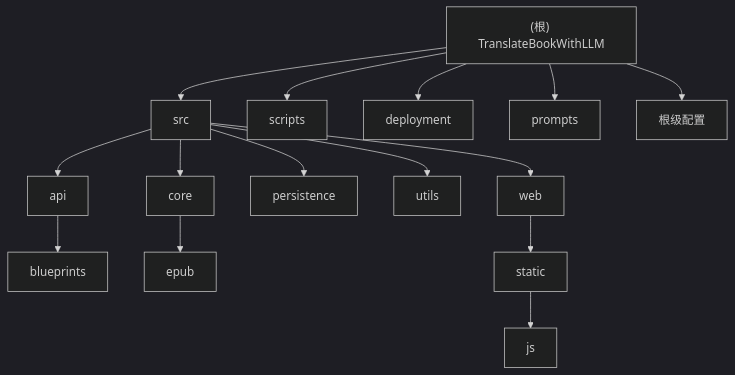
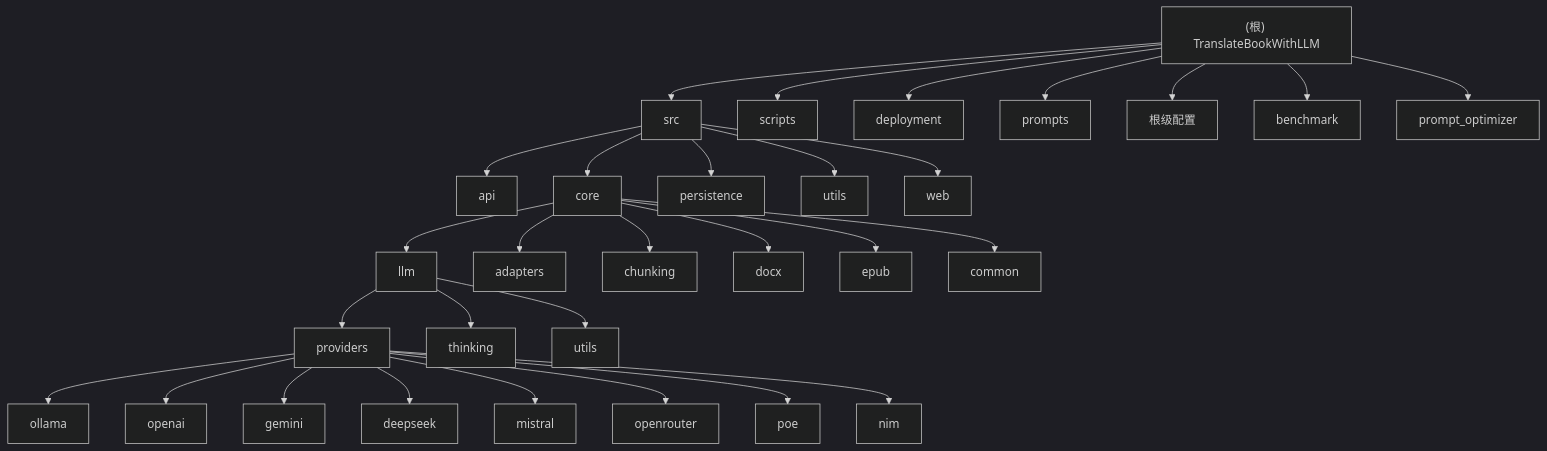
One commit to afanty2021/TranslateBookWithLLM changed the diagram in CLAUDE.md. Above: the diagram before and after it, drawn with Mermaid (dark theme). The commit also changed other lines of this file and 1 other file, not shown here.

First line of the commit message:
docs: update CLAUDE.md to reflect major architecture refactoring

````diff
--- a/CLAUDE.md
+++ b/CLAUDE.md
@@ -40,34 +57,47 @@
 ```mermaid
 graph TD
     A["(根) TranslateBookWithLLM"] --> B["src"];
     A --> C["scripts"];
     A --> D["deployment"];
     A --> E["prompts"];
     A --> F["根级配置"];
+    A --> G["benchmark"];
+    A --> H["prompt_optimizer"];
 
-    B --> G["api"];
-    B --> H["core"];
-    B --> I["persistence"];
-    B --> J["utils"];
-    B --> K["web"];
+    B --> I["api"];
+    B --> J["core"];
+    B --> K["persistence"];
+    B --> L["utils"];
+    B --> M["web"];
 
-    G --> L["blueprints"];
-    H --> M["epub"];
-    K --> N["static"];
-    N --> O["js"];
+    J --> N["llm"];
+    J --> O["adapters"];
+    J --> P["chunking"];
+    J --> Q["docx"];
+    J --> R["epub"];
+    J --> S["common"];
+
+    N --> T["providers"];
+    T --> T1["ollama"];
+    T --> T2["openai"];
+    T --> T3["gemini"];
+    T --> T4["deepseek"];
+    T --> T5["mistral"];
+    T --> T6["openrouter"];
+    T --> T7["poe"];
+    T --> T8["nim"];
+
+    N --> U["thinking"];
+    N --> V["utils"];
 
     click B "./src/CLAUDE.md" "查看 src 模块文档"
     click C "./scripts/CLAUDE.md" "查看 scripts 模块文档"
     click D "./deployment/CLAUDE.md" "查看 deployment 模块文档"
     click E "./prompts/CLAUDE.md" "查看 prompts 模块文档"
+    click G "./benchmark/README.md" "查看 benchmark 模块文档"
+    click H "./prompt_optimizer/README.md" "查看 prompt_optimizer 模块文档"
 
-    click G "./src/api/CLAUDE.md" "查看 api 模块文档"
-    click H "./src/core/CLAUDE.md" "查看 core 模块文档"
-    click I "./src/persistence/CLAUDE.md" "查看 persistence 模块文档"
-    click J "./src/utils/CLAUDE.md" "查看 utils 模块文档"
-    click K "./src/web/CLAUDE.md" "查看 web 模块文档"
-
-    click L "./src/api/blueprints/CLAUDE.md" "查看 blueprints 子模块文档"
-    click M "./src/core/epub/CLAUDE.md" "查看 epub 子模块文档"
-    click O "./src/web/static/js/CLAUDE.md" "查看 js 子模块文档"
+    click J "./src/core/CLAUDE.md" "查看 core 模块文档"
+    click N "./src/core/llm/" "查看 llm 模块"
+    click O "./src/core/adapters/" "查看 adapters 模块"
 ```
````
